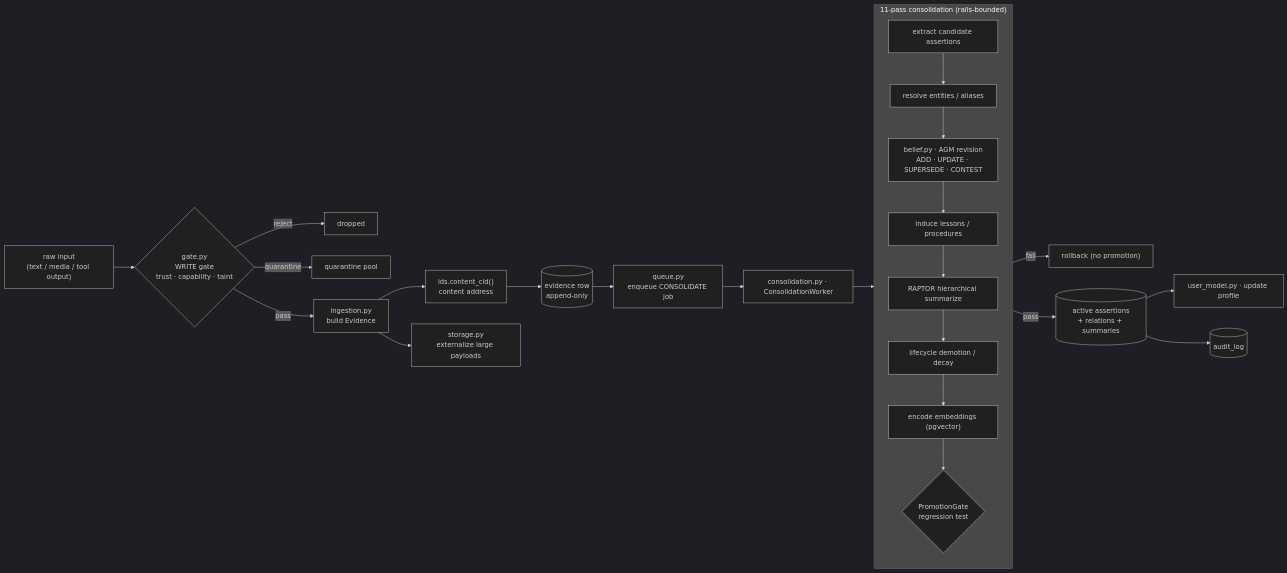
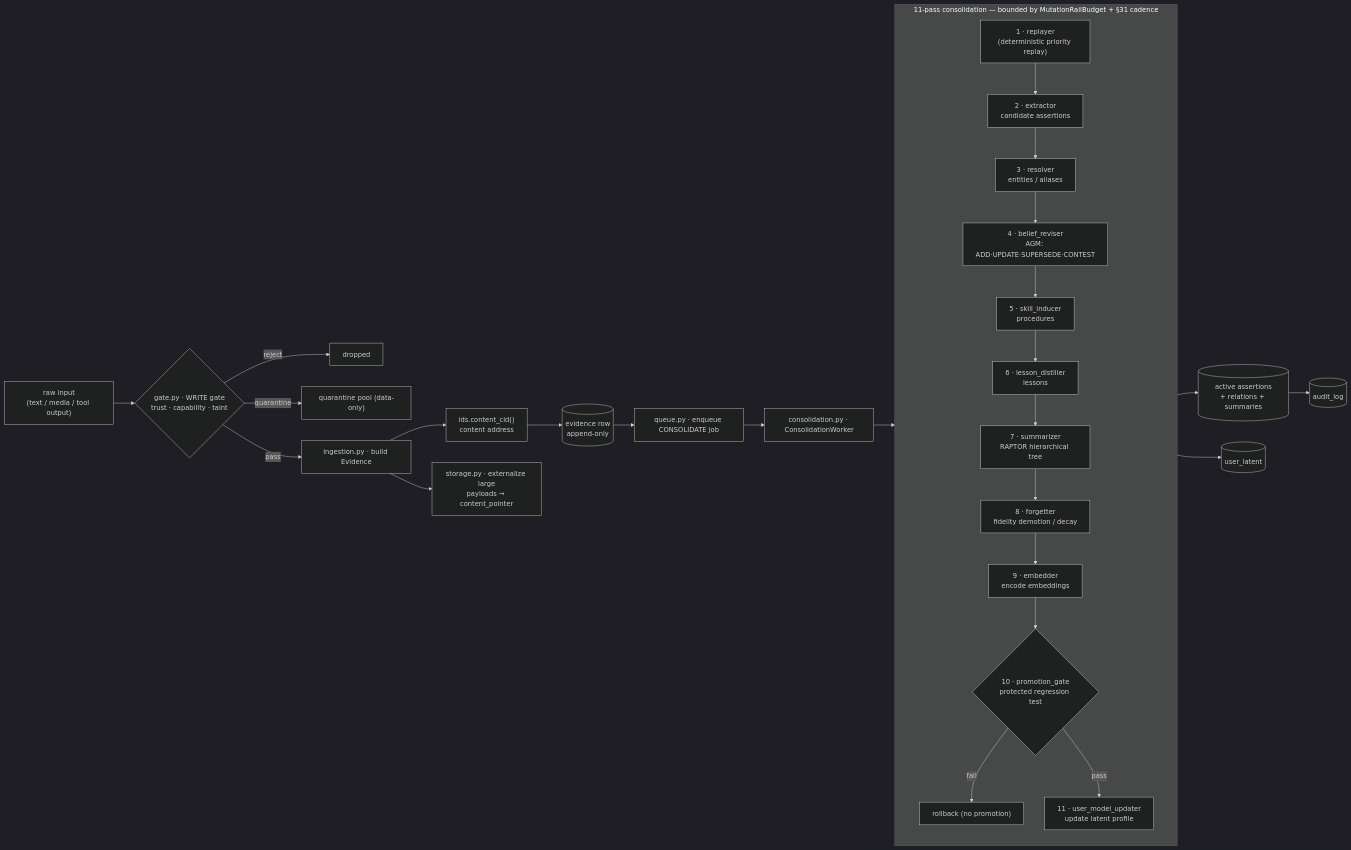
One commit to onfire7777/Mnemosyne changed the fourth of 8 diagrams in docs/ARCHITECTURE-OVERVIEW.md. Above: the diagram before and after it, drawn with Mermaid (dark theme). The commit also changed other lines of this file, not shown here.

First line of the commit message:
docs(architecture): clarify current runtime topology

````diff
--- a/docs/ARCHITECTURE-OVERVIEW.md
+++ b/docs/ARCHITECTURE-OVERVIEW.md
@@ -262,29 +354,32 @@
 ```mermaid
 flowchart LR
-    IN["raw input<br/>(text / media / tool output)"] --> GATE{"gate.py<br/>WRITE gate<br/>trust · capability · taint"}
+    IN["raw input<br/>(text / media / tool output)"] --> GATE{"gate.py · WRITE gate<br/>trust · capability · taint"}
     GATE -->|reject| X1["dropped"]
-    GATE -->|quarantine| QZ["quarantine pool"]
-    GATE -->|pass| ING["ingestion.py<br/>build Evidence"]
+    GATE -->|quarantine| QZ["quarantine pool (data-only)"]
+    GATE -->|pass| ING["ingestion.py · build Evidence"]
     ING --> CID["ids.content_cid()<br/>content address"]
-    ING --> STORE["storage.py<br/>externalize large payloads"]
+    ING --> STORE["storage.py · externalize large<br/>payloads → content_pointer"]
     CID --> EV[("evidence row<br/>append-only")]
-    EV --> ENQ["queue.py<br/>enqueue CONSOLIDATE job"]
+    EV --> ENQ["queue.py · enqueue CONSOLIDATE job"]
     ENQ --> CW["consolidation.py · ConsolidationWorker"]
 
-    subgraph PASS["11-pass consolidation (rails-bounded)"]
+    subgraph PASS["11-pass consolidation — bounded by MutationRailBudget + §31 cadence"]
         direction TB
-        P1["extract candidate assertions"] --> P2["resolve entities / aliases"]
-        P2 --> P3["belief.py · AGM revision<br/>ADD · UPDATE · SUPERSEDE · CONTEST"]
-        P3 --> P4["induce lessons / procedures"]
-        P4 --> P5["RAPTOR hierarchical summarize"]
-        P5 --> P6["lifecycle demotion / decay"]
-        P6 --> P7["encode embeddings (pgvector)"]
-        P7 --> P8{"PromotionGate<br/>regression test"}
+        P1["1 · replayer<br/>(deterministic priority replay)"] --> P2["2 · extractor<br/>candidate assertions"]
+        P2 --> P3["3 · resolver<br/>entities / aliases"]
+        P3 --> P4["4 · belief_reviser<br/>AGM: ADD·UPDATE·SUPERSEDE·CONTEST"]
+        P4 --> P5["5 · skill_inducer<br/>procedures"]
+        P5 --> P6["6 · lesson_distiller<br/>lessons"]
+        P6 --> P7["7 · summarizer<br/>RAPTOR hierarchical tree"]
+        P7 --> P8["8 · forgetter<br/>fidelity demotion / decay"]
+        P8 --> P9["9 · embedder<br/>encode embeddings"]
+        P9 --> P10{"10 · promotion_gate<br/>protected regression test"}
+        P10 -->|fail| RB["rollback (no promotion)"]
+        P10 -->|pass| P11["11 · user_model_updater<br/>update latent profile"]
     end
 
     CW --> PASS
-    P8 -->|fail| RB["rollback (no promotion)"]
-    P8 -->|pass| ACT[("active assertions<br/>+ relations + summaries")]
-    ACT --> UM["user_model.py · update profile"]
+    P11 --> ACT[("active assertions<br/>+ relations + summaries")]
+    P11 --> UL[("user_latent")]
     ACT --> AUD[("audit_log")]
 ```
````
